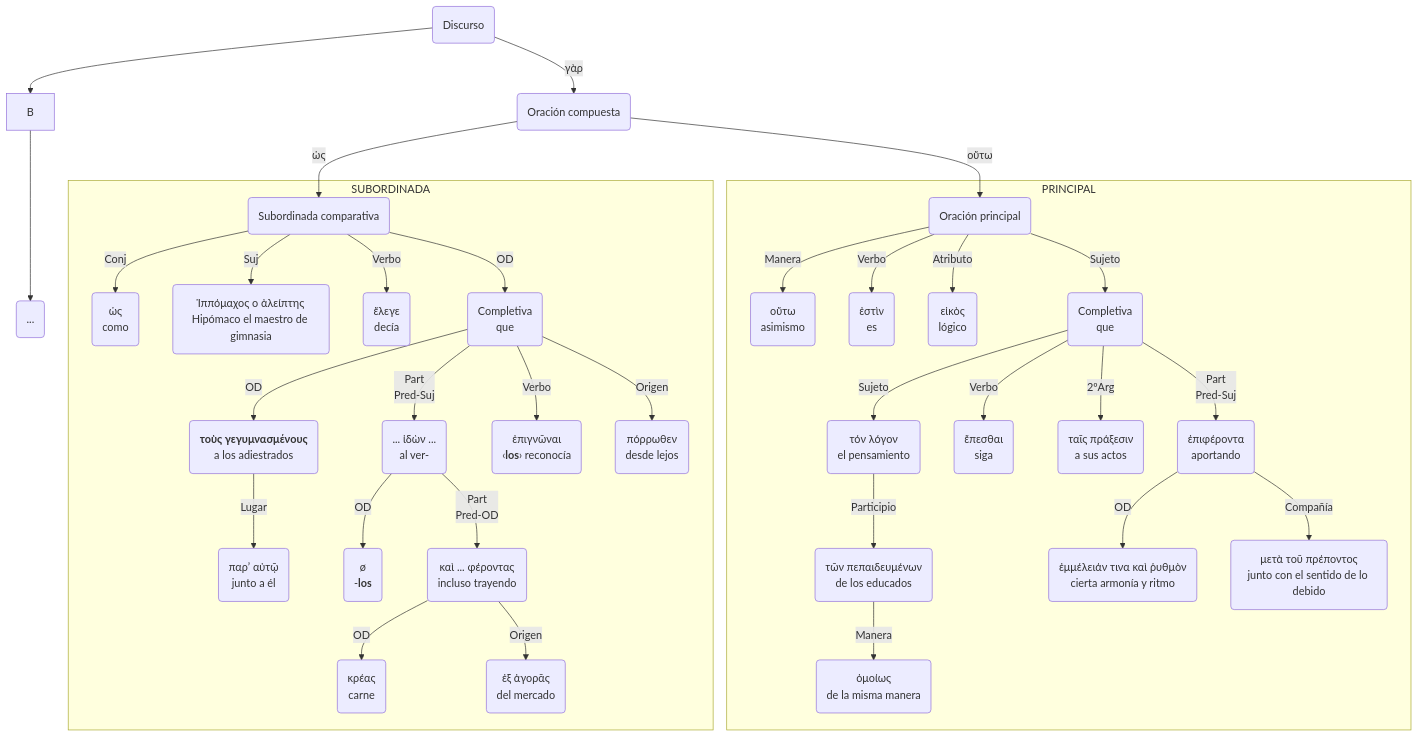
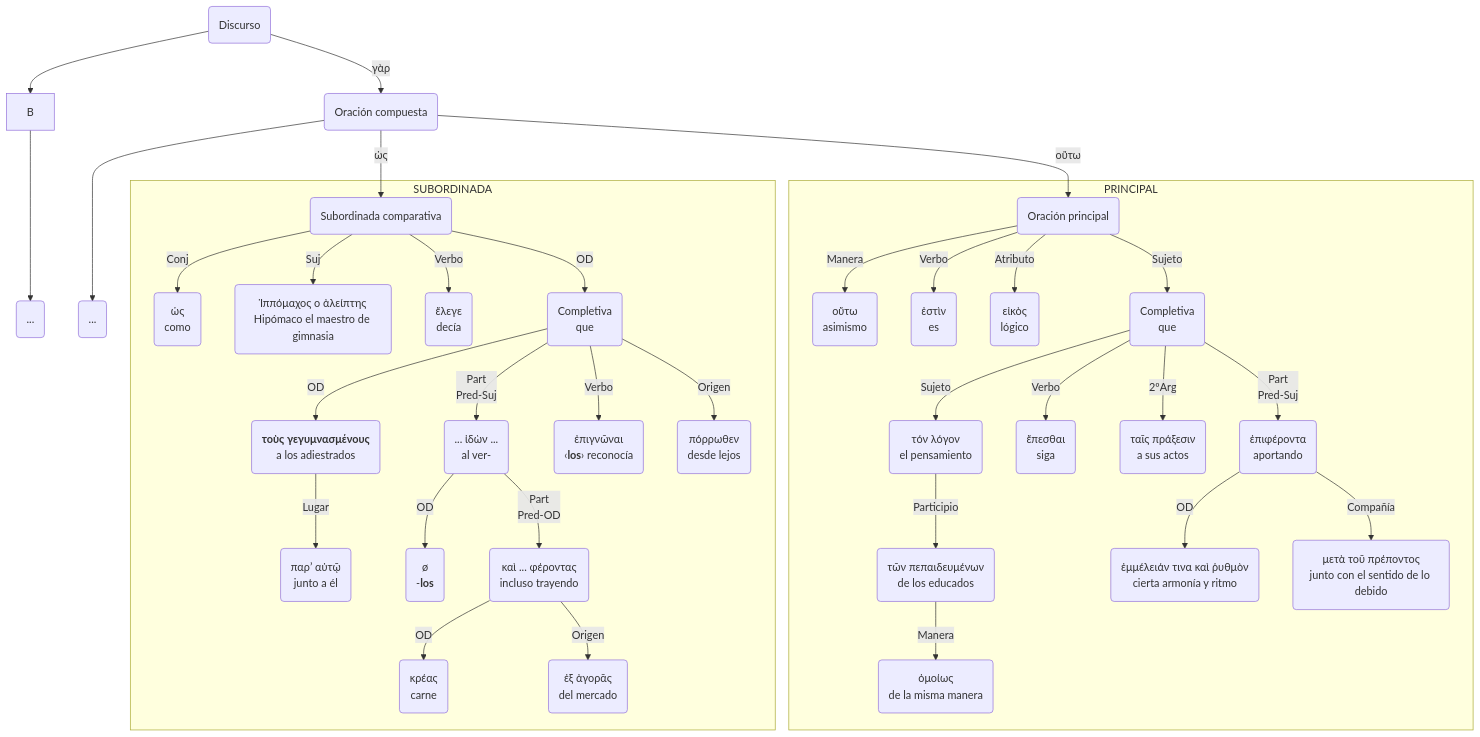
One commit to pajaro1966/Asignaturas changed the fifth of 44 diagrams in docs/Plutarch_Dion/Dion.md. Above: the diagram before and after it, drawn with Mermaid. The commit also changed other lines of this file and 3 other files, not shown here.

````diff
--- a/docs/Plutarch_Dion/Dion.md
+++ b/docs/Plutarch_Dion/Dion.md
@@ -129,40 +130,37 @@
     ```mermaid
     graph TB
     A("Discurso")
-
     A-->B--->B1("...")
-
-    A-->|"γὰρ"|C("Oración compuesta")
-        
+    A-->|"γὰρ"|C("Oración compuesta")--->C1("...")
     C-->|"ὡς"|D("Subordinada comparativa")
     subgraph SUBORDINADA
     D-->|"Conj"|E("ὡς<br>como")
     D-->|"Suj"|F("Ἱππόμαχος ο ἀλείπτης<br>Hipómaco el maestro de gimnasia")
     D-->|"Verbo"|G("ἔλεγε<br>decía")
     D-->|"OD"|H("Completiva<br>que")
     H-->|"OD"|I("<b>τοὺς γεγυμνασμένους</b><br>a los adiestrados")-->|"Lugar"|I1("παρʼ αὐτῷ<br>junto a él")
     H-->|"Part<br>Pred-Suj"|J("... ἰδὼν ...<br>al ver-")
     J-->|"OD"|J1("ø<br>-<b>los</b>")
     J-->|"Part<br>Pred-OD"|J2("καὶ ... φέροντας<br>incluso trayendo")
     J2-->|"OD"|J21("κρέας<br>carne")
     J2-->|"Origen"|J22("ἐξ ἀγορᾶς<br>del mercado")
     H-->|"Verbo"|K("ἐπιγνῶναι<br>‹<b>los</b>› reconocía")
     H-->|"Origen"|L("πόρρωθεν<br>desde lejos")
 
     end 
     
     C-->|"οὕτω"|M("Oración principal")
     subgraph PRINCIPAL
     M-->|"Manera"|N("οὕτω<br>asimismo")
     M-->|"Verbo"|O("ἐστὶν<br>es")
     M-->|"Atributo"|P("εἰκὸς<br>lógico")
     M-->|"Sujeto"|Q("Completiva<br>que")
     Q-->|"Sujeto"|R("τόν λόγον<br>el pensamiento")-->|"Participio"|R1("τῶν πεπαιδευμένων<br>de los educados")-->|"Manera"|R11("ὁμοίως<br>de la misma manera")
     Q-->|"Verbo"|S("ἕπεσθαι<br>siga")
     Q-->|"2ºArg"|T("ταῖς πράξεσιν<br>a sus actos")
     Q-->|"Part<br>Pred-Suj"|U("ἐπιφέροντα<br>aportando")
     U-->|"OD"|U1("ἐμμέλειάν τινα καὶ ῥυθμὸν<br>cierta armonía y ritmo")
     U-->|"Compañía"|U2("μετὰ τοῦ πρέποντος<br>junto con el sentido de lo debido")
     
     end
     ```
````
